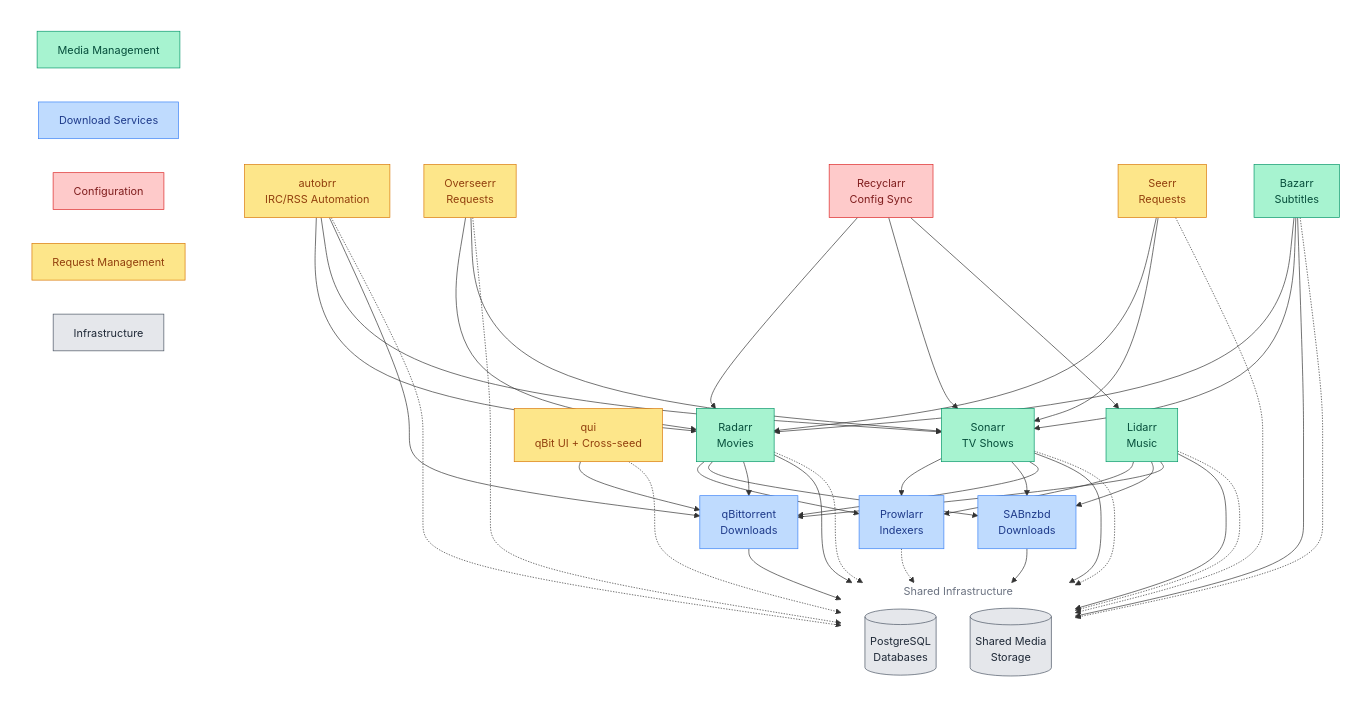
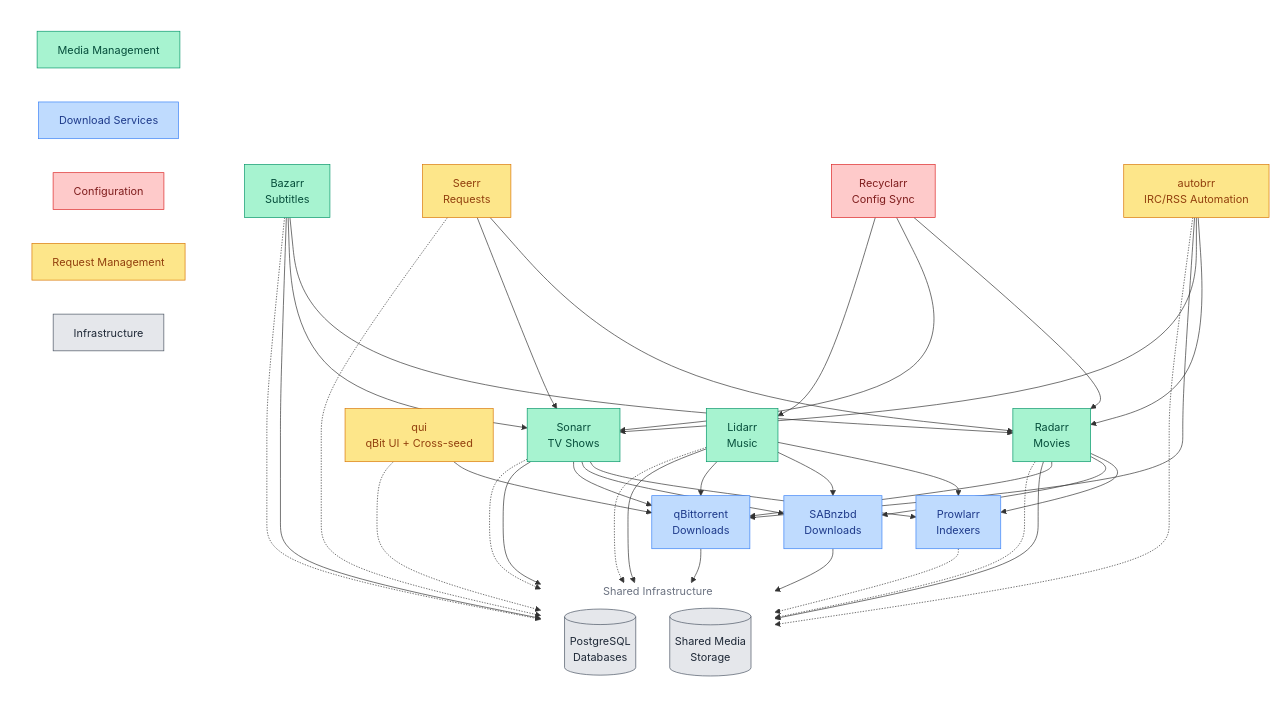
The diagram in apps/subsystems/downloaders/README.md (ppat/homelab-ops-kubernetes-apps), drawn with Mermaid before and after one commit. The commit also changed other lines of this file and 13 other files, not shown here.

```diff
--- a/apps/subsystems/downloaders/README.md
+++ b/apps/subsystems/downloaders/README.md
@@ -58,7 +58,6 @@
 
     %% Request Management
     autobrr[autobrr<br/>IRC/RSS Automation]:::request
-    overseerr[Overseerr<br/>Requests]:::request
     seerr[Seerr<br/>Requests]:::request
     qui[qui<br/>qBit UI + Cross-seed]:::request
 
@@ -73,8 +72,6 @@
     autobrr --> radarr
     autobrr --> sonarr
     autobrr --> qbittorrent
-    overseerr --> radarr
-    overseerr --> sonarr
     seerr --> radarr
     seerr --> sonarr
     qui --> qbittorrent
@@ -109,7 +106,6 @@
     bazarr -.-> postgres
     prowlarr -.-> postgres
     autobrr -.-> postgres
-    overseerr -.-> postgres
     qui -.-> postgres
     seerr -.-> postgres
 
```
